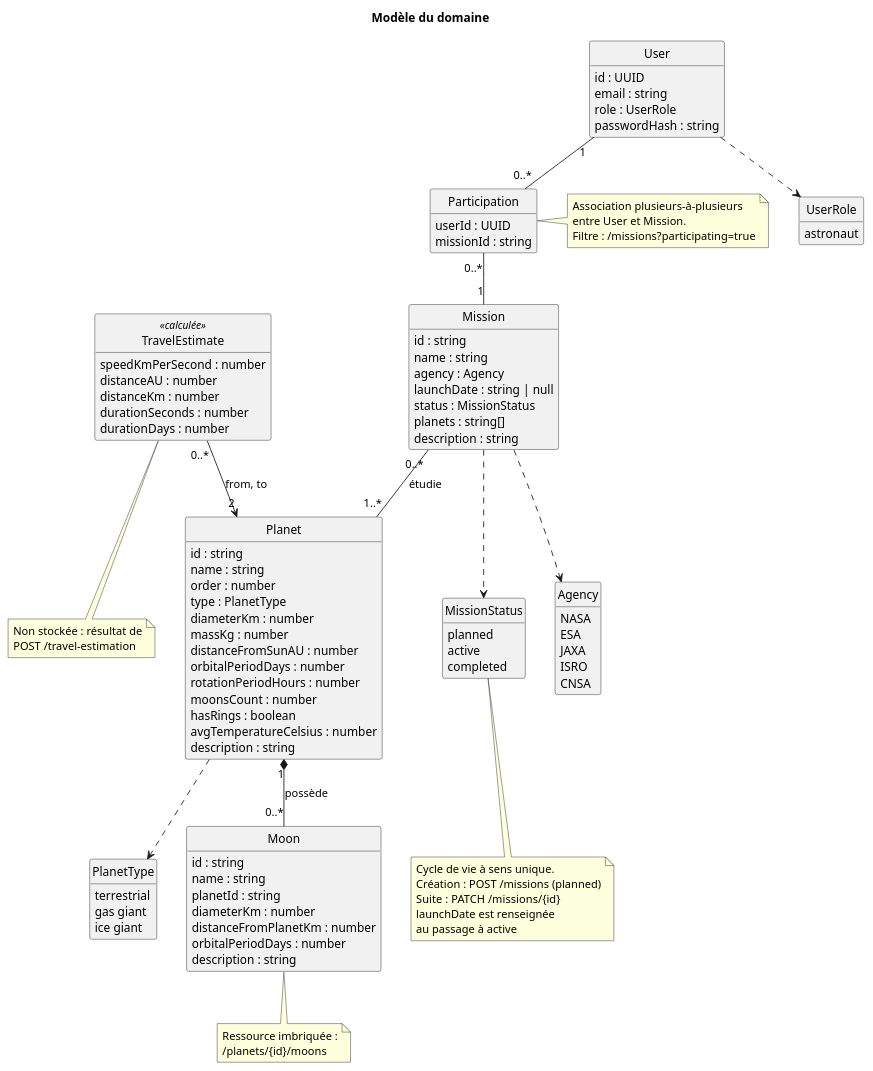
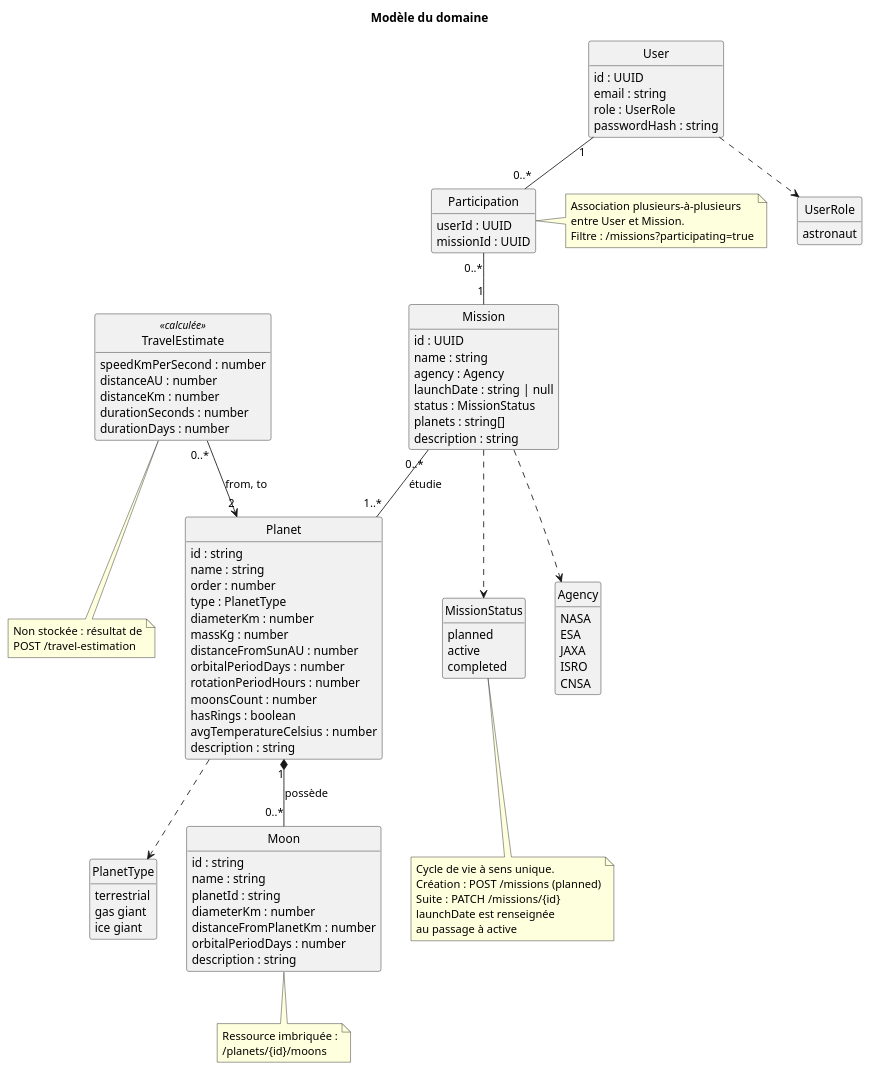
One commit to shrp777/planets-api changed the diagram in docs/schemas/modele-domaine.puml. Above: the diagram before and after it, drawn with PlantUML. The commit also changed 24 other files, not shown here.

```diff
--- a/docs/schemas/modele-domaine.puml
+++ b/docs/schemas/modele-domaine.puml
@@ -1,122 +1,122 @@
 @startuml modele-domaine
 title Modèle du domaine
 
 hide circle
 hide methods
 skinparam classAttributeIconSize 0
 
 class Planet {
   id : string
   name : string
   order : number
   type : PlanetType
   diameterKm : number
   massKg : number
   distanceFromSunAU : number
   orbitalPeriodDays : number
   rotationPeriodHours : number
   moonsCount : number
   hasRings : boolean
   avgTemperatureCelsius : number
   description : string
 }
 
 class Moon {
   id : string
   name : string
   planetId : string
   diameterKm : number
   distanceFromPlanetKm : number
   orbitalPeriodDays : number
   description : string
 }
 
 class Mission {
-  id : string
+  id : UUID
   name : string
   agency : Agency
   launchDate : string | null
   status : MissionStatus
   planets : string[]
   description : string
 }
 
 class User {
   id : UUID
   email : string
   role : UserRole
   passwordHash : string
 }
 
 class Participation {
   userId : UUID
-  missionId : string
+  missionId : UUID
 }
 
 class TravelEstimate <<calculée>> {
   speedKmPerSecond : number
   distanceAU : number
   distanceKm : number
   durationSeconds : number
   durationDays : number
 }
 
 enum PlanetType {
   terrestrial
   gas giant
   ice giant
 }
 
 enum Agency {
   NASA
   ESA
   JAXA
   ISRO
   CNSA
 }
 
 enum MissionStatus {
   planned
   active
   completed
 }
 
 enum UserRole {
   astronaut
 }
 
 Planet "1" *-- "0..*" Moon : possède
 Mission "0..*" -- "1..*" Planet : étudie
 User "1" -- "0..*" Participation
 Participation "0..*" -- "1" Mission
 TravelEstimate "0..*" --> "2" Planet : from, to
 
 Planet ..> PlanetType
 Mission ..> Agency
 Mission ..> MissionStatus
 User ..> UserRole
 
 note bottom of Moon
   Ressource imbriquée :
   /planets/{id}/moons
 end note
 
 note right of Participation
   Association plusieurs-à-plusieurs
   entre User et Mission.
   Filtre : /missions?participating=true
 end note
 
 note bottom of MissionStatus
   Cycle de vie à sens unique.
   Création : POST /missions (planned)
   Suite : PATCH /missions/{id}
   launchDate est renseignée
   au passage à active
 end note
 
 note bottom of TravelEstimate
   Non stockée : résultat de
   POST /travel-estimation
 end note
 @enduml
```
